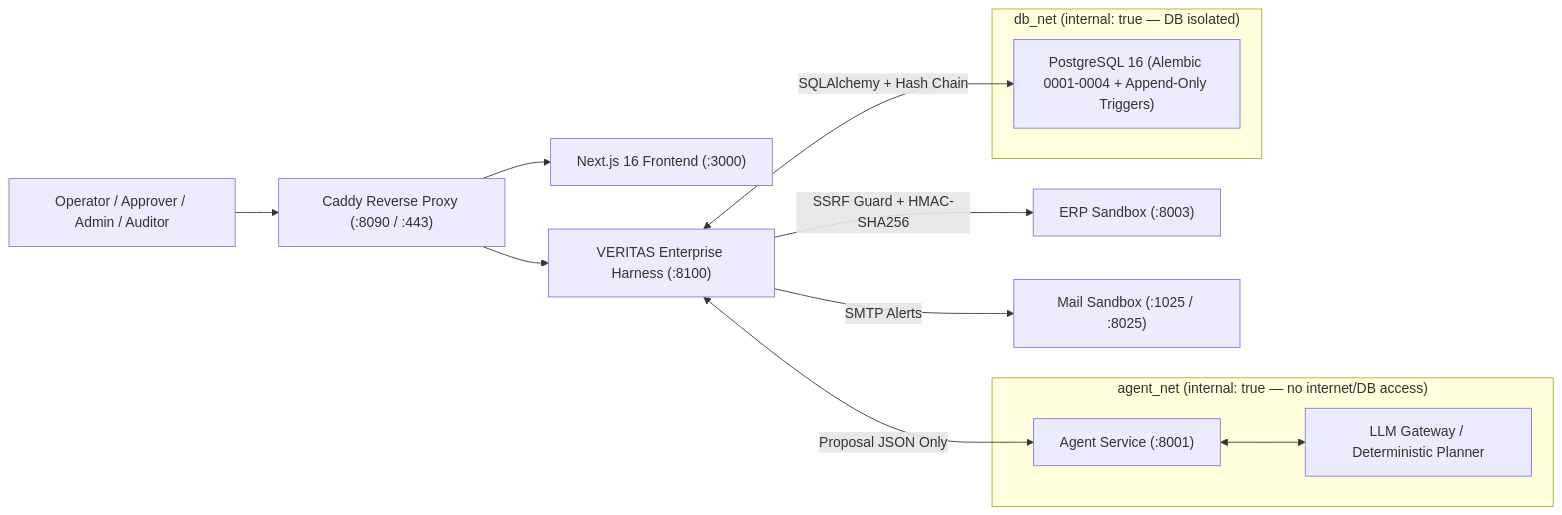
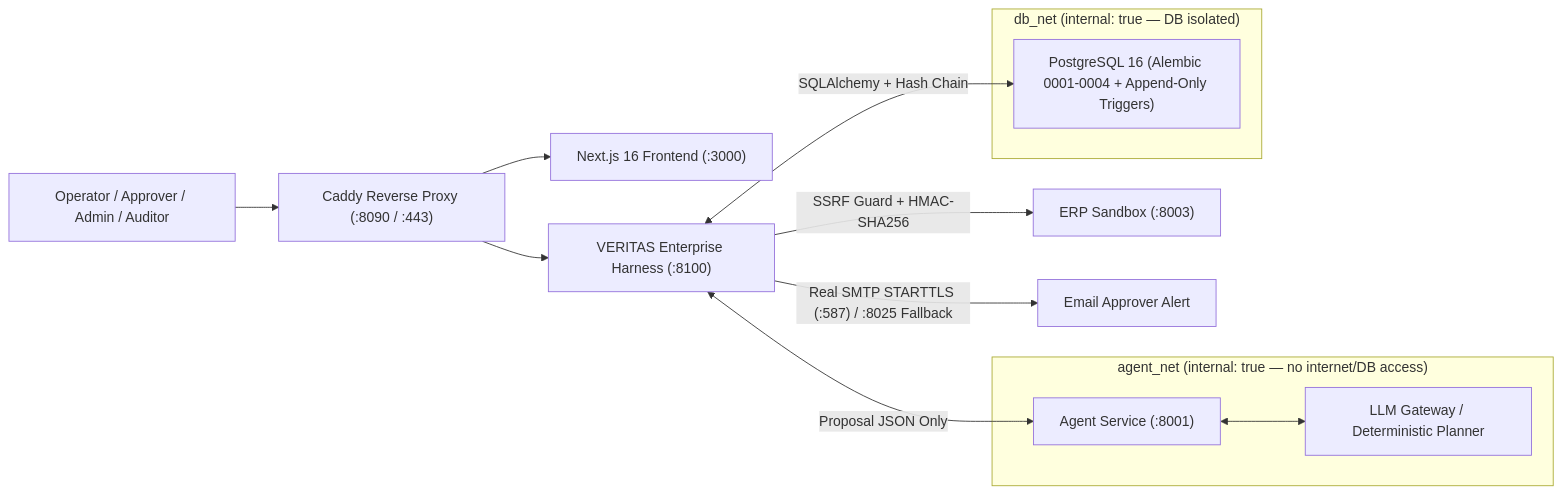
The diagram in README.md (ArrafiNurHafiz/Veritas-Ai), drawn with Mermaid before and after one commit. The commit also changed other lines of this file and 2 other files, not shown here.

Commit message:
docs: clarify real SMTP STARTTLS support across README, pitch deck, and reference

````diff
--- a/README.md
+++ b/README.md
@@ -41,21 +41,21 @@
 ```mermaid
 flowchart LR
     User["Operator / Approver / Admin / Auditor"] --> Caddy["Caddy Reverse Proxy (:8090 / :443)"]
     Caddy --> Web["Next.js 16 Frontend (:3000)"]
     Caddy --> Harness["VERITAS Enterprise Harness (:8100)"]
 
     subgraph agent_net ["agent_net (internal: true — no internet/DB access)"]
         Agent["Agent Service (:8001)"]
         LLM["LLM Gateway / Deterministic Planner"]
         Agent <--> LLM
     end
 
     subgraph db_net ["db_net (internal: true — DB isolated)"]
         PG["PostgreSQL 16 (Alembic 0001-0004 + Append-Only Triggers)"]
     end
 
     Harness <-->|"Proposal JSON Only"| Agent
     Harness <-->|"SQLAlchemy + Hash Chain"| PG
     Harness -->|"SSRF Guard + HMAC-SHA256"| ERP["ERP Sandbox (:8003)"]
-    Harness -->|"SMTP Alerts"| Mail["Mail Sandbox (:1025 / :8025)"]
+    Harness -->|"Real SMTP STARTTLS (:587) / :8025 Fallback"| Mail["Email Approver Alert"]
 ```
````
